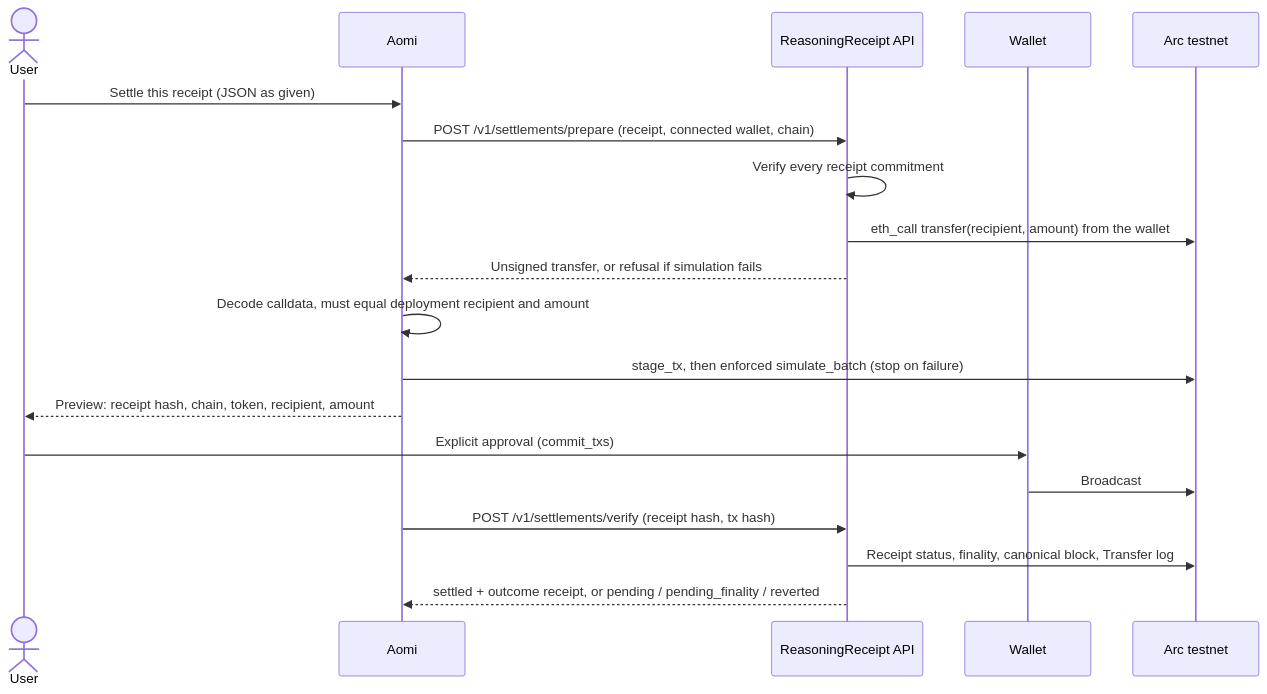
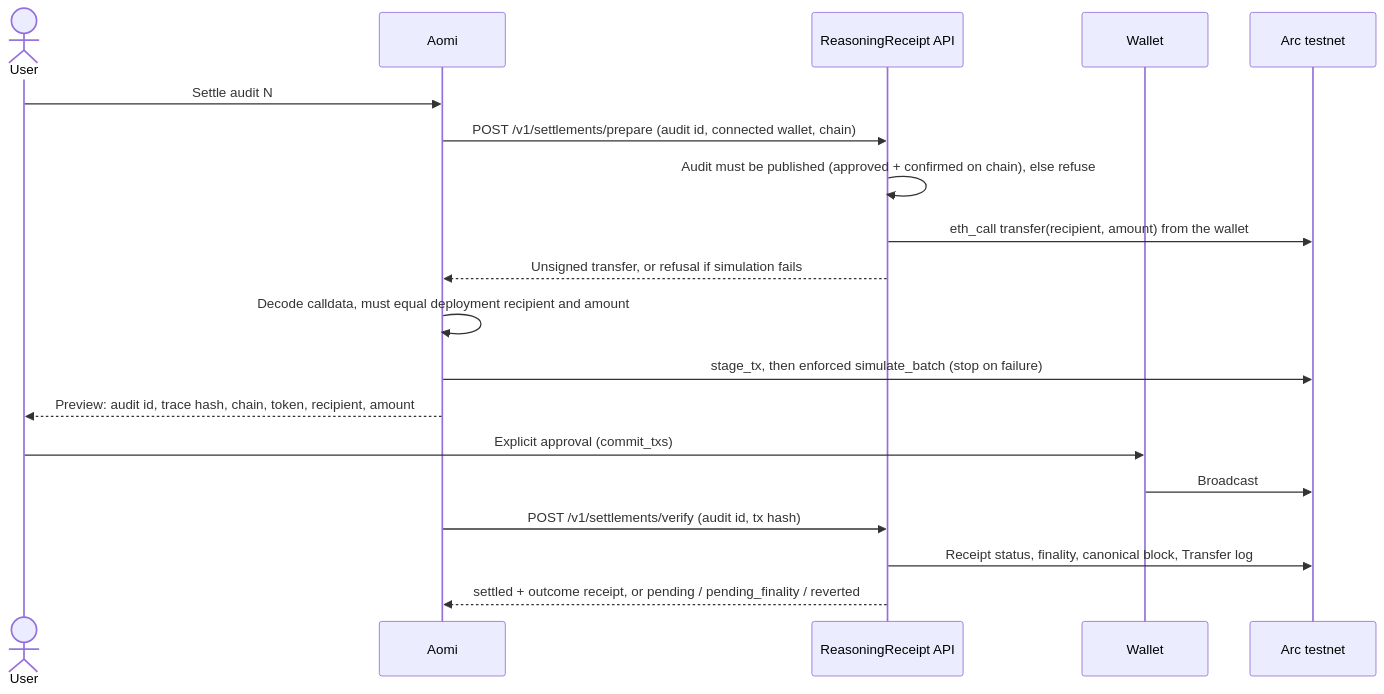
The diagram in integrations/aomi/README.md (CeciliaZ030/reasoning-receipt), drawn with Mermaid before and after one commit. The commit also changed other lines of this file and 10 other files, not shown here.

First line of the commit message:
feat(aomi): settle only receipts whose audit passed and was published

````diff
--- a/integrations/aomi/README.md
+++ b/integrations/aomi/README.md
@@ -11,21 +13,21 @@
 ```mermaid
 sequenceDiagram
     actor User
     participant Aomi
     participant API as ReasoningReceipt API
     participant Wallet
     participant Arc as Arc testnet
-    User->>Aomi: Settle this receipt (JSON as given)
-    Aomi->>API: POST /v1/settlements/prepare (receipt, connected wallet, chain)
-    API->>API: Verify every receipt commitment
+    User->>Aomi: Settle audit N
+    Aomi->>API: POST /v1/settlements/prepare (audit id, connected wallet, chain)
+    API->>API: Audit must be published (approved + confirmed on chain), else refuse
     API->>Arc: eth_call transfer(recipient, amount) from the wallet
     API-->>Aomi: Unsigned transfer, or refusal if simulation fails
     Aomi->>Aomi: Decode calldata, must equal deployment recipient and amount
     Aomi->>Arc: stage_tx, then enforced simulate_batch (stop on failure)
-    Aomi-->>User: Preview: receipt hash, chain, token, recipient, amount
+    Aomi-->>User: Preview: audit id, trace hash, chain, token, recipient, amount
     User->>Wallet: Explicit approval (commit_txs)
     Wallet->>Arc: Broadcast
-    Aomi->>API: POST /v1/settlements/verify (receipt hash, tx hash)
+    Aomi->>API: POST /v1/settlements/verify (audit id, tx hash)
     API->>Arc: Receipt status, finality, canonical block, Transfer log
     API-->>Aomi: settled + outcome receipt, or pending / pending_finality / reverted
 ```
````
